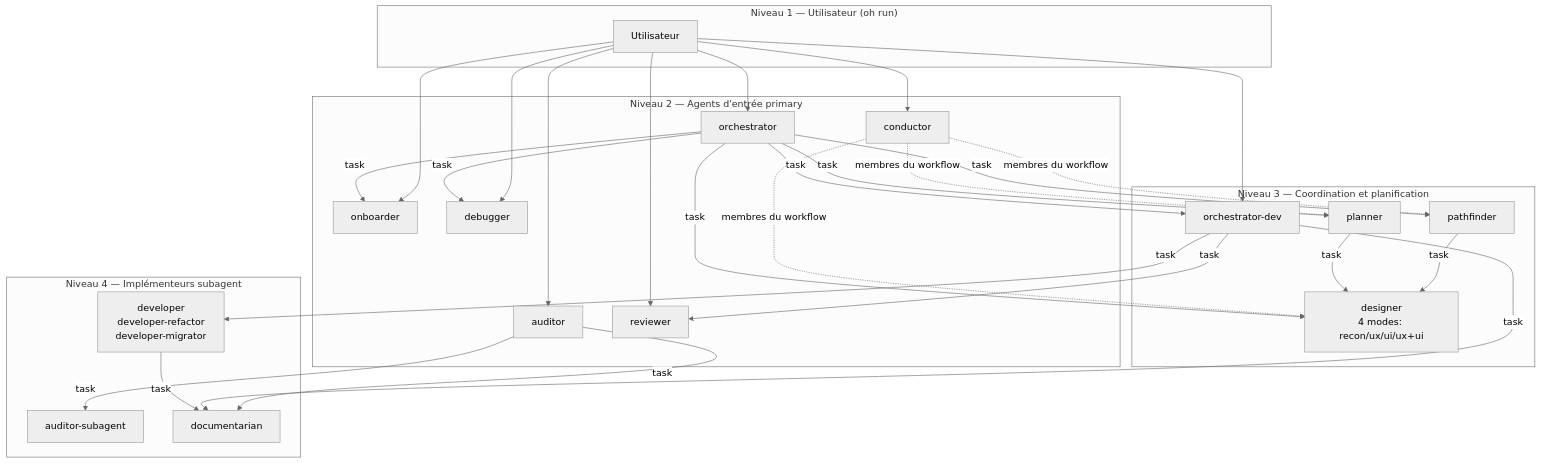
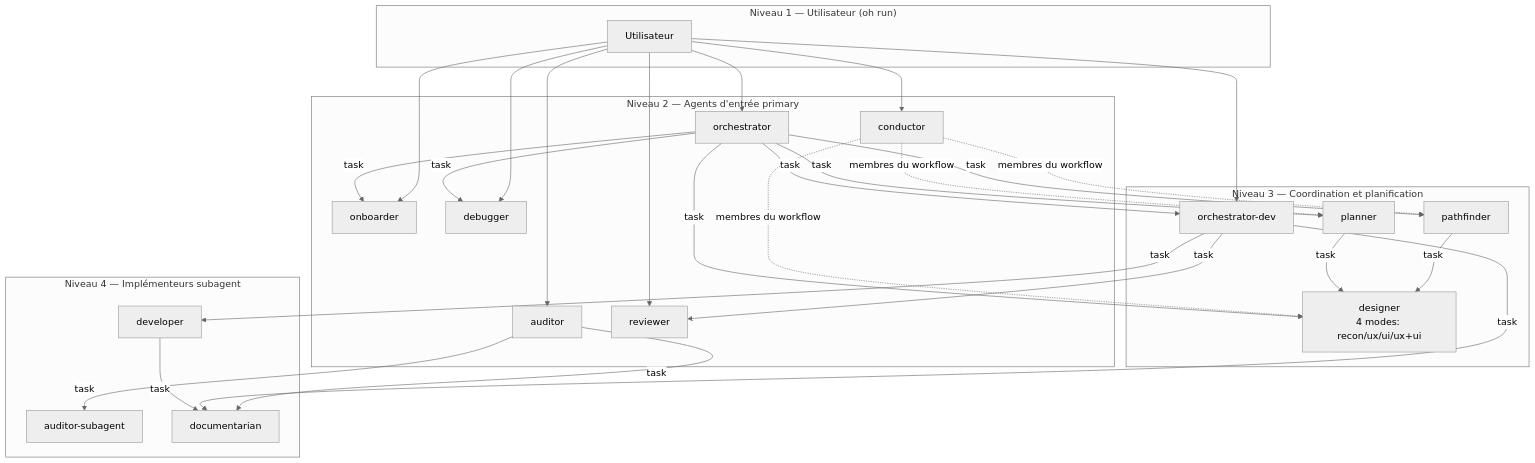
Before and after one commit to datichb/openhub: the first of 3 diagrams in docs/architecture/task-delegation.fr.md, drawn with Mermaid (neutral theme). The commit also changed other lines of this file and 25 other files, not shown here.

````diff
--- a/docs/architecture/task-delegation.fr.md
+++ b/docs/architecture/task-delegation.fr.md
@@ -161,58 +159,58 @@
 ```mermaid
 flowchart TB
     subgraph L1["Niveau 1 — Utilisateur (oh run)"]
         U[Utilisateur]
     end
 
     subgraph L2["Niveau 2 — Agents d'entrée primary"]
         C[conductor]
         O[orchestrator]
         A[auditor]
         ON[onboarder]
         DB[debugger]
         R[reviewer]
     end
 
     subgraph L3["Niveau 3 — Coordination et planification"]
         OD[orchestrator-dev]
         PA[pathfinder]
         PL[planner]
         DS[designer<br/>4 modes: recon/ux/ui/ux+ui]
     end
 
     subgraph L4["Niveau 4 — Implémenteurs subagent"]
-        DEV["developer<br/>developer-refactor<br/>developer-migrator"]
+        DEV["developer"]
         AUD["auditor-subagent"]
         DOC[documentarian]
     end
 
     U --> C
     U --> O
     U --> A
     U --> ON
     U --> DB
     U --> R
     U --> OD
 
     C -.->|membres du workflow| PA
     C -.->|membres du workflow| PL
     C -.->|membres du workflow| DS
 
     O -->|task| PA
     O -->|task| PL
     O -->|task| ON
     O -->|task| DS
     O -->|task| OD
     O -->|task| DB
 
     PA -->|task| DS
     PL -->|task| DS
 
     A -->|task| AUD
     A -->|task| DOC
 
     OD -->|task| DEV
     OD -->|task| R
     OD -->|task| DOC
     DEV -->|task| DOC
 ```
````
